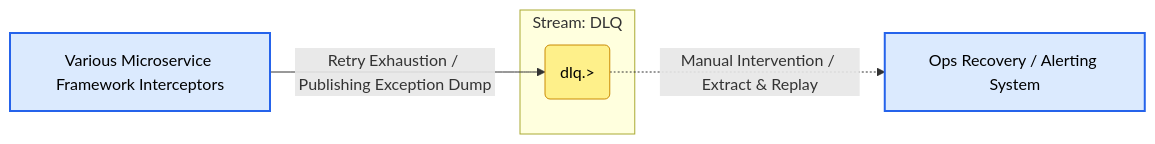
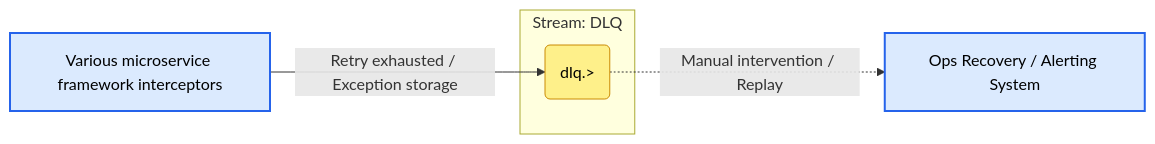
One commit to JamesWilson19970101/ocean.chat.docs changed the sixth of 13 diagrams in docs/devdocs/jetstream-strategy.md. Above: the diagram before and after it, drawn with Mermaid. The commit also changed other lines of this file and 1 other file, not shown here.

````diff
--- a/docs/devdocs/jetstream-strategy.md
+++ b/docs/devdocs/jetstream-strategy.md
@@ -281,15 +300,15 @@
 ```mermaid
 flowchart LR
   classDef service fill:#dbeafe,stroke:#2563eb,stroke-width:2px,color:#000;
   classDef subject fill:#fef08a,stroke:#ca8a04,stroke-width:1px,color:#000;
 
-  P[Various Microservice Framework Interceptors]:::service
+  P[Various microservice framework interceptors]:::service
   C[Ops Recovery / Alerting System]:::service
 
   subgraph Stream: DLQ
     SUB(dlq.>):::subject
   end
 
-  P -- Retry Exhaustion / Publishing Exception Dump --> SUB
-  SUB -. Manual Intervention / Extract & Replay .-> C
+  P -- Retry exhausted / Exception storage --> SUB
+  SUB -. Manual intervention / Replay .-> C
 ```
````
